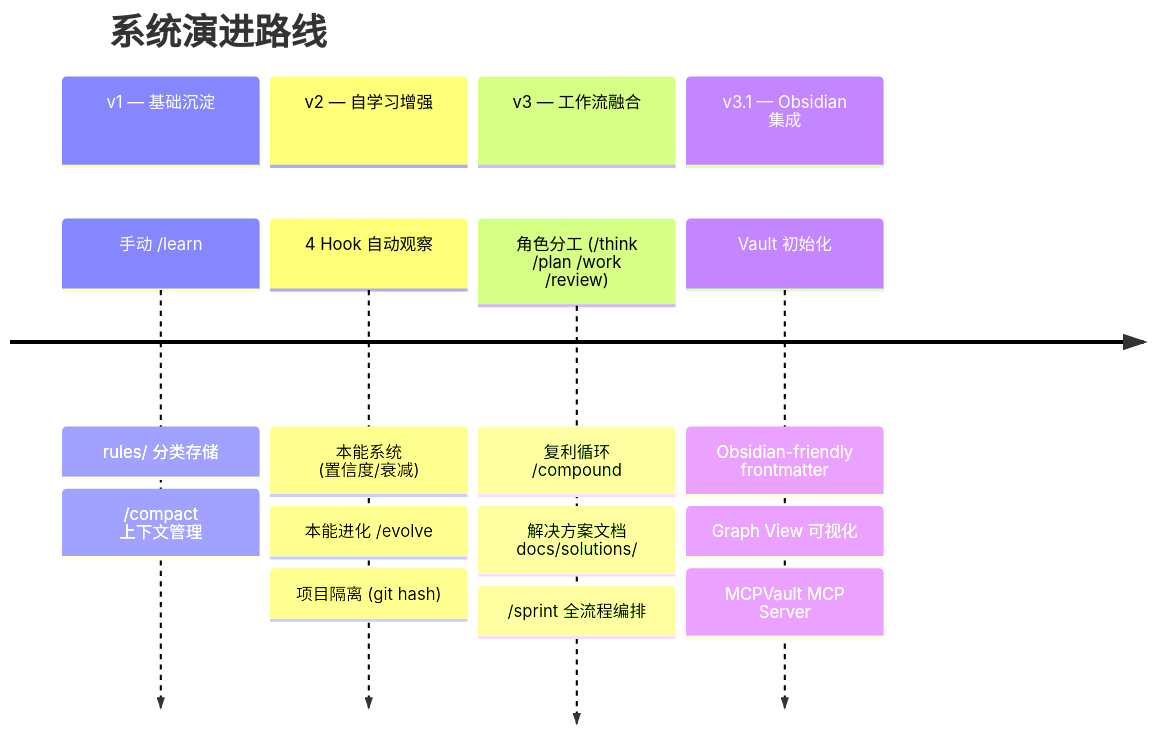
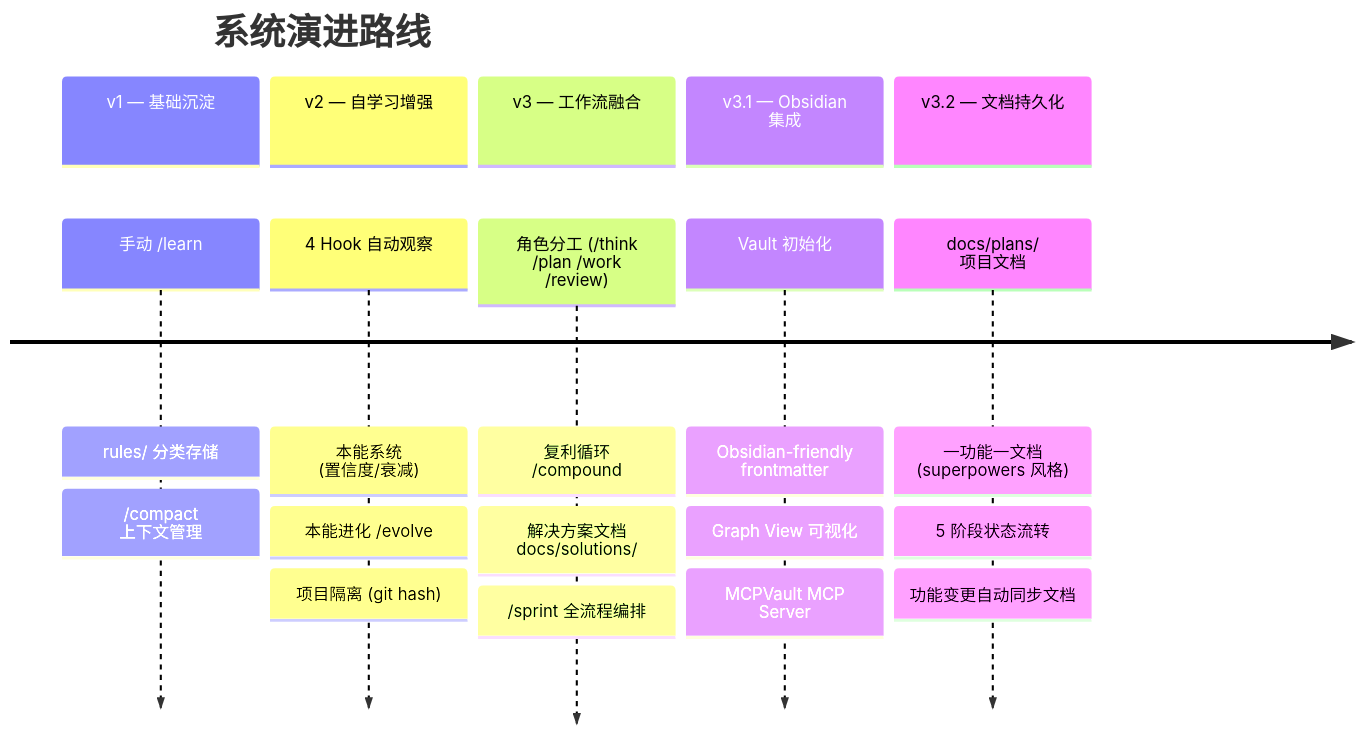
Before and after one commit to songuu/tech-persistence: the eighth of 8 diagrams in README.md, drawn with Mermaid. The commit also changed other lines of this file and 2 other files, not shown here.

````diff
--- a/README.md
+++ b/README.md
@@ -551,12 +563,14 @@
 ```mermaid
 timeline
     title 系统演进路线
     section v1 — 基础沉淀
       手动 /learn : rules/ 分类存储 : /compact 上下文管理
     section v2 — 自学习增强
       4 Hook 自动观察 : 本能系统 (置信度/衰减) : 本能进化 /evolve : 项目隔离 (git hash)
     section v3 — 工作流融合
       角色分工 (/think /plan /work /review) : 复利循环 /compound : 解决方案文档 docs/solutions/ : /sprint 全流程编排
     section v3.1 — Obsidian 集成
       Vault 初始化 : Obsidian-friendly frontmatter : Graph View 可视化 : MCPVault MCP Server
+    section v3.2 — 文档持久化
+      docs/plans/ 项目文档 : 一功能一文档 (superpowers 风格) : 5 阶段状态流转 : 功能变更自动同步文档
 ```
````
